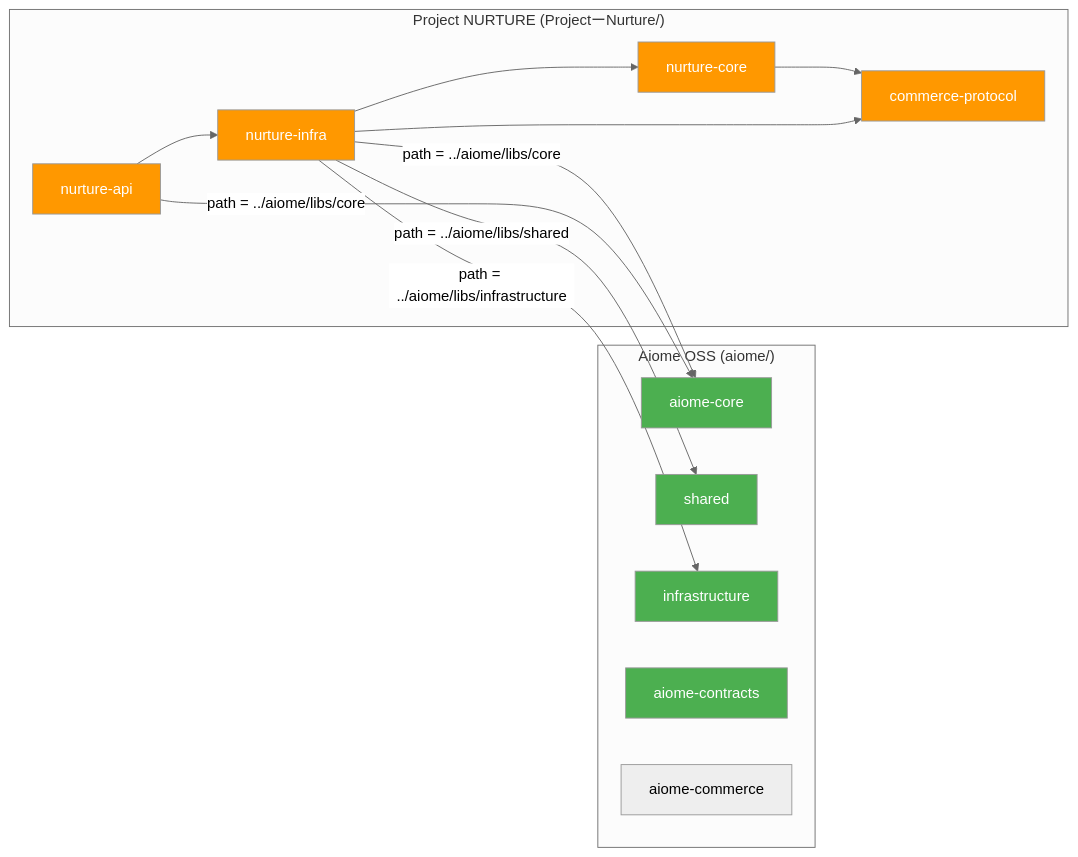
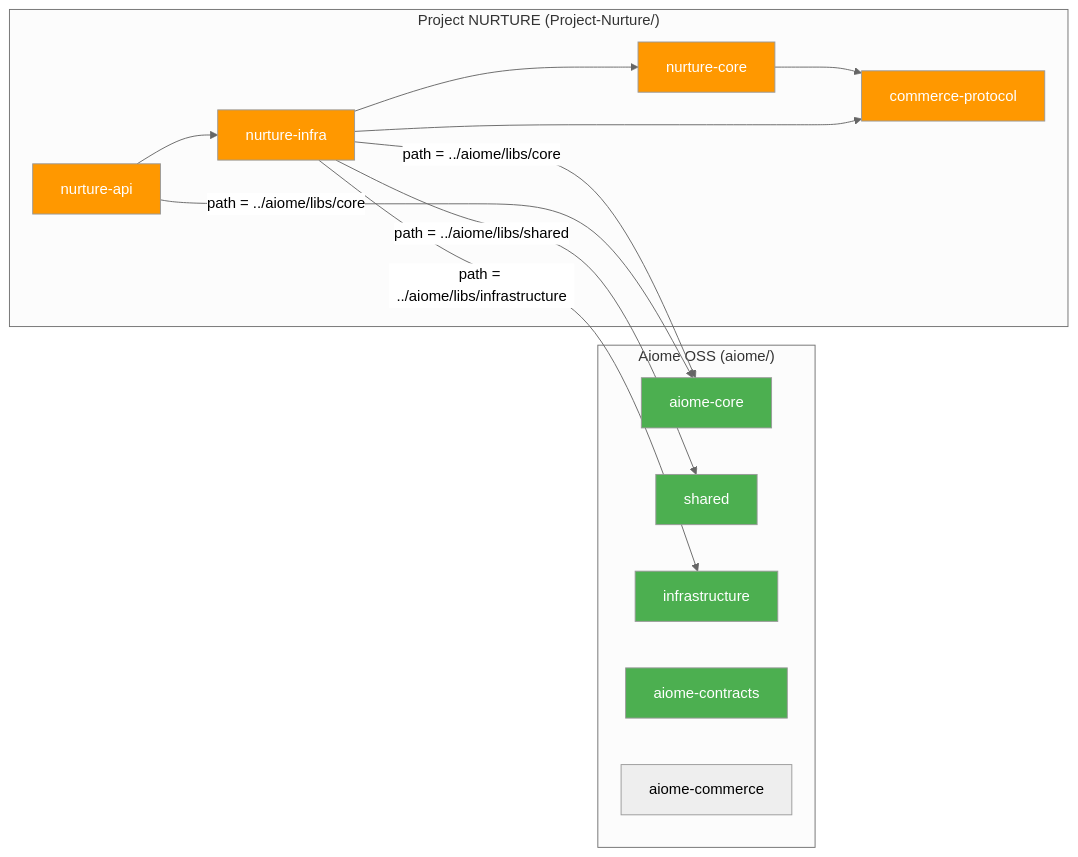
The second of 9 diagrams in docs/architecture/AIOME_NURTURE_SYNERGY.md (for4xex-droid/modular-open-claw), drawn with Mermaid (neutral theme) before and after one commit. The commit also changed other lines of this file and 1 other file, not shown here.

Commit message:
fix: update path refs for Project-Nurture rename

````diff
--- a/docs/architecture/AIOME_NURTURE_SYNERGY.md
+++ b/docs/architecture/AIOME_NURTURE_SYNERGY.md
@@ -204,36 +204,36 @@
 ```mermaid
 graph LR
     subgraph "Aiome OSS (aiome/)"
         AC[aiome-core]
         SH[shared]
         INF[infrastructure]
         CONTRACTS[aiome-contracts]
         COMMERCE[aiome-commerce]
     end
 
-    subgraph "Project NURTURE (ProjectーNurture/)"
+    subgraph "Project NURTURE (Project-Nurture/)"
         CP[commerce-protocol]
         NC[nurture-core]
         NI[nurture-infra]
         NA[nurture-api]
     end
 
     NA --> NI
     NI --> NC
     NC --> CP
     NI --> CP
 
     NI -->|"path = ../aiome/libs/core"| AC
     NI -->|"path = ../aiome/libs/shared"| SH
     NI -->|"path = ../aiome/libs/infrastructure"| INF
     NA -->|"path = ../aiome/libs/core"| AC
 
     style AC fill:#4CAF50,color:white
     style SH fill:#4CAF50,color:white
     style INF fill:#4CAF50,color:white
     style CONTRACTS fill:#4CAF50,color:white
     style CP fill:#FF9800,color:white
     style NC fill:#FF9800,color:white
     style NI fill:#FF9800,color:white
     style NA fill:#FF9800,color:white
 ```
````
